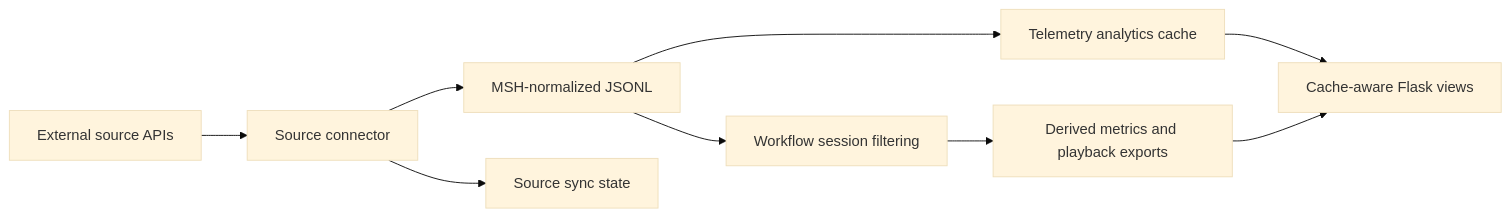
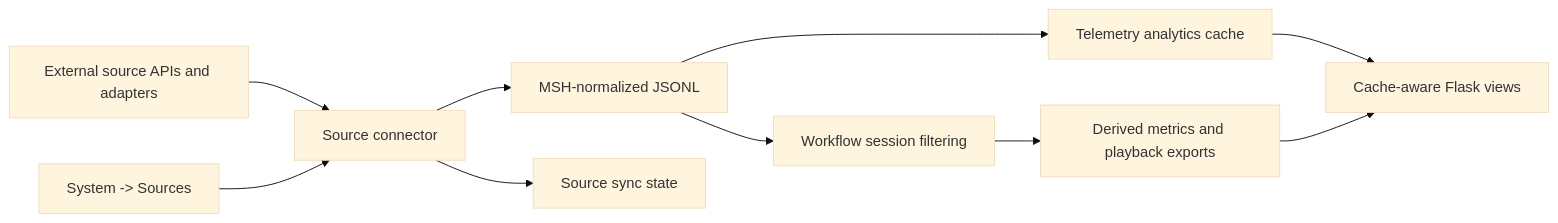
The diagram in docs/source_synchronization.md (Nettking/msh), drawn with Mermaid (base theme) before and after one commit. The commit also changed other lines of this file, not shown here.

Commit message:
Document machine source inventory and connection tests

````diff
--- a/docs/source_synchronization.md
+++ b/docs/source_synchronization.md
@@ -17,11 +74,12 @@
 ```mermaid
 flowchart LR
-    A[External source APIs] --> B[Source connector]
+    A[External source APIs and adapters] --> B[Source connector]
     B --> C[MSH-normalized JSONL]
     B --> D[Source sync state]
     C --> E[Telemetry analytics cache]
     C --> F[Workflow session filtering]
     F --> G[Derived metrics and playback exports]
     E --> H[Cache-aware Flask views]
     G --> H
+    I[System -> Sources] --> B
 ```
````
